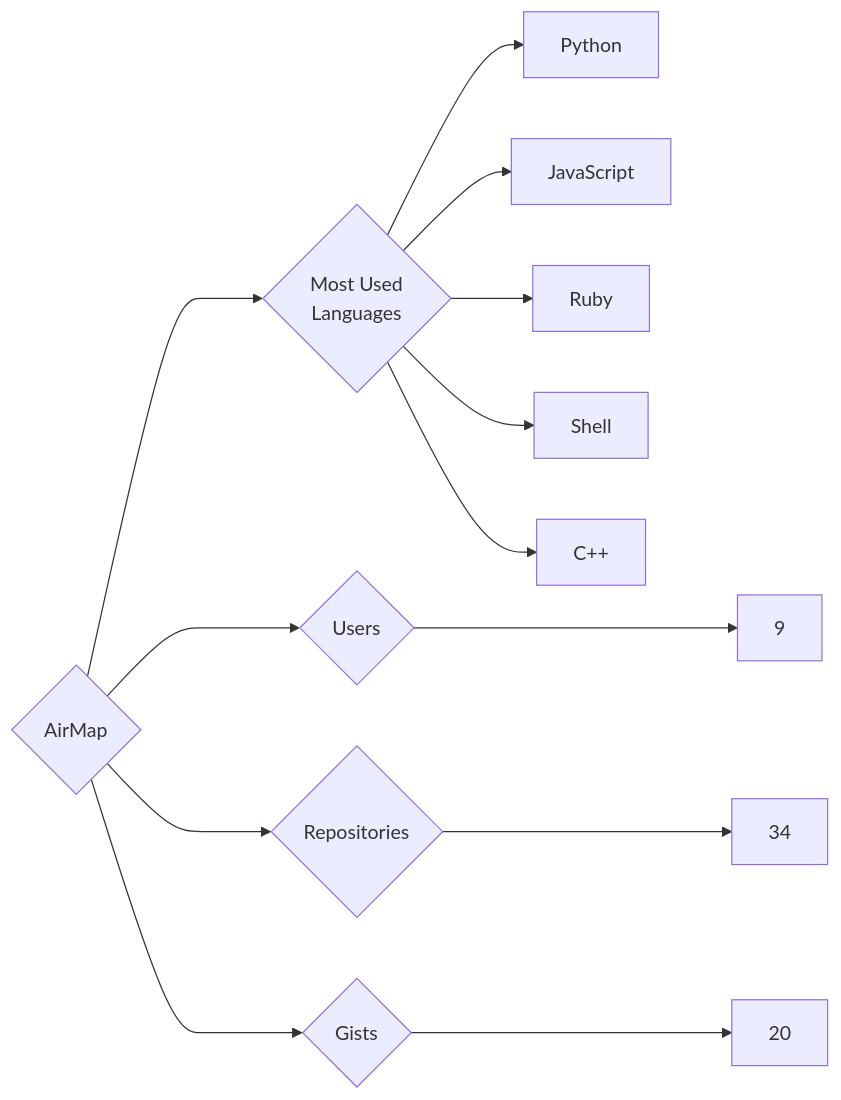
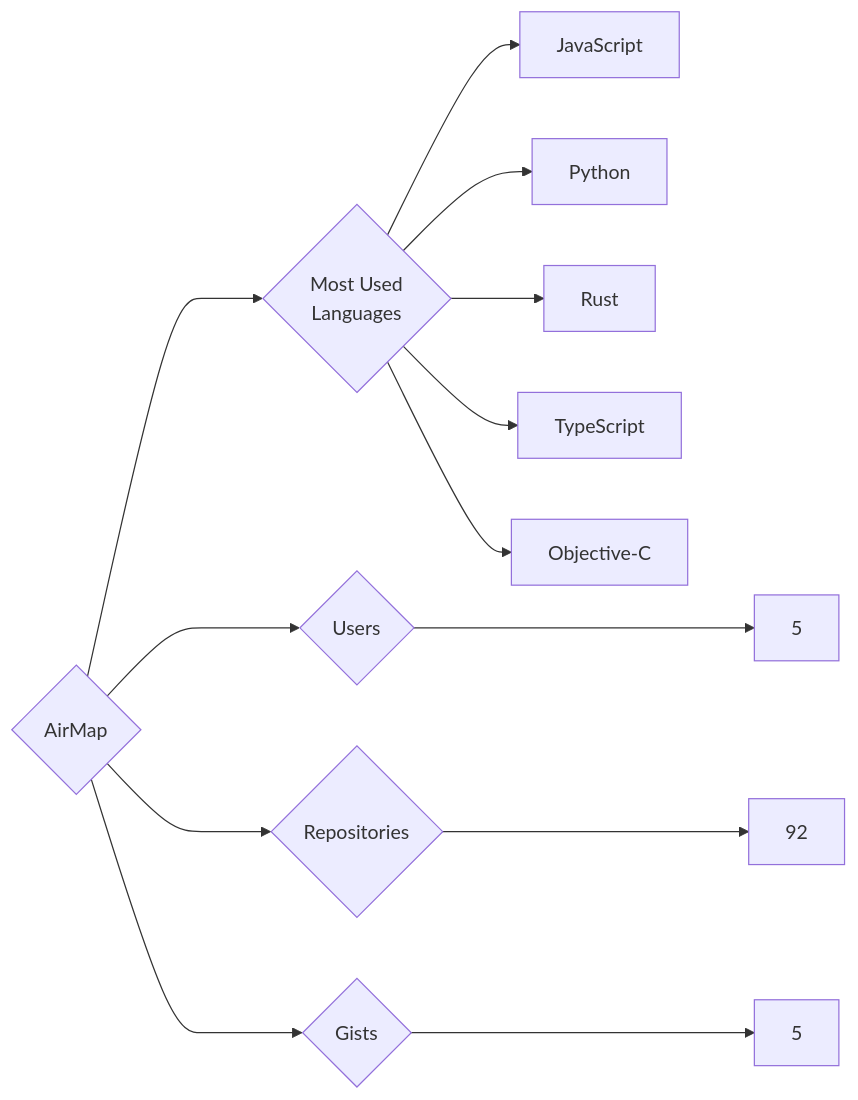
The diagram in targets/AirMap/README.md (trickest/insiders), drawn with Mermaid before and after one commit. The commit also changed 1148 other files, not shown here.

````diff
--- a/targets/AirMap/README.md
+++ b/targets/AirMap/README.md
@@ -3,13 +3,13 @@
 ```mermaid
 graph LR
 COMPANY_NAME{AirMap}
-COMPANY_NAME ---> U{Users} ---> UN[9]
-COMPANY_NAME ---> R{Repositories} ---> RN[34]
-COMPANY_NAME ---> G{Gists} ---> GN[20]
+COMPANY_NAME ---> U{Users} ---> UN[5]
+COMPANY_NAME ---> R{Repositories} ---> RN[92]
+COMPANY_NAME ---> G{Gists} ---> GN[5]
 COMPANY_NAME ---> ML{Most Used<br>Languages}
+ML --> JavaScript[JavaScript]
 ML --> Python[Python]
-ML --> JavaScript[JavaScript]
-ML --> Ruby[Ruby]
-ML --> Shell[Shell]
-ML --> C++[C++]
+ML --> Rust[Rust]
+ML --> TypeScript[TypeScript]
+ML --> Objective-C[Objective-C]
 ```
````
